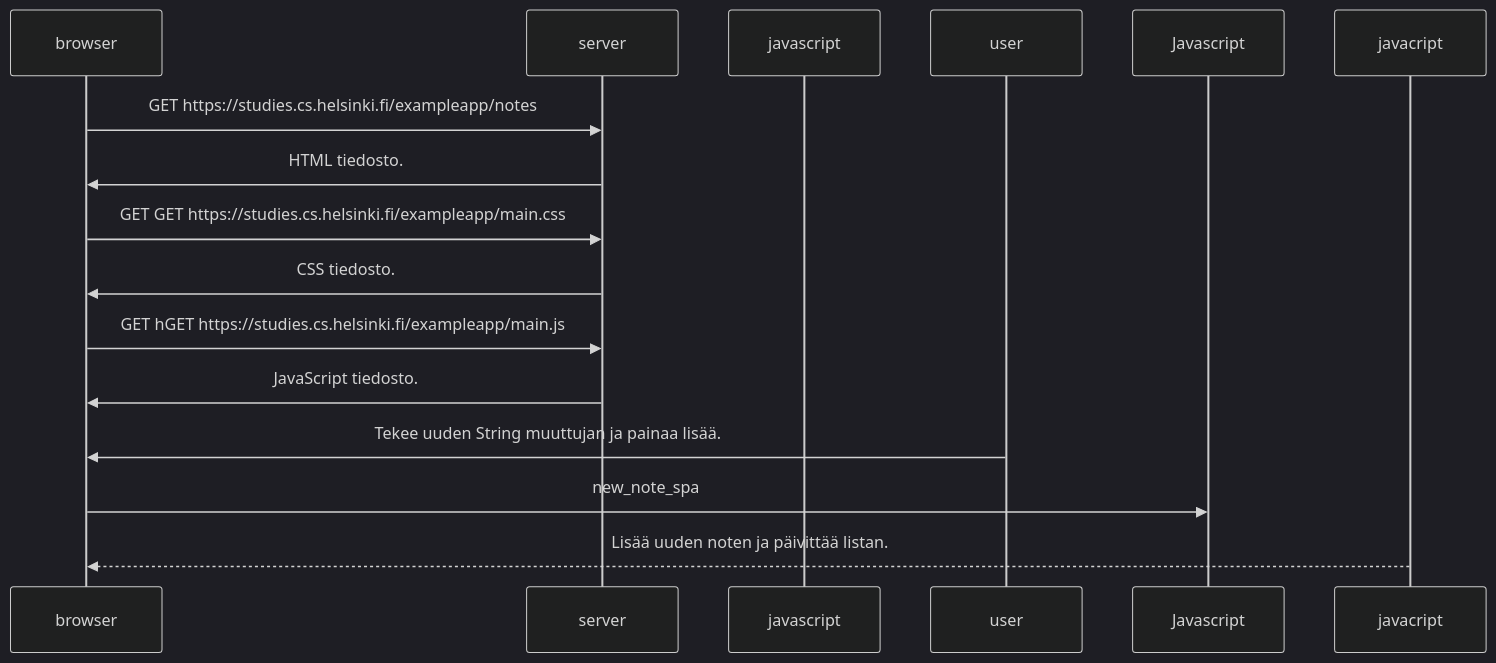
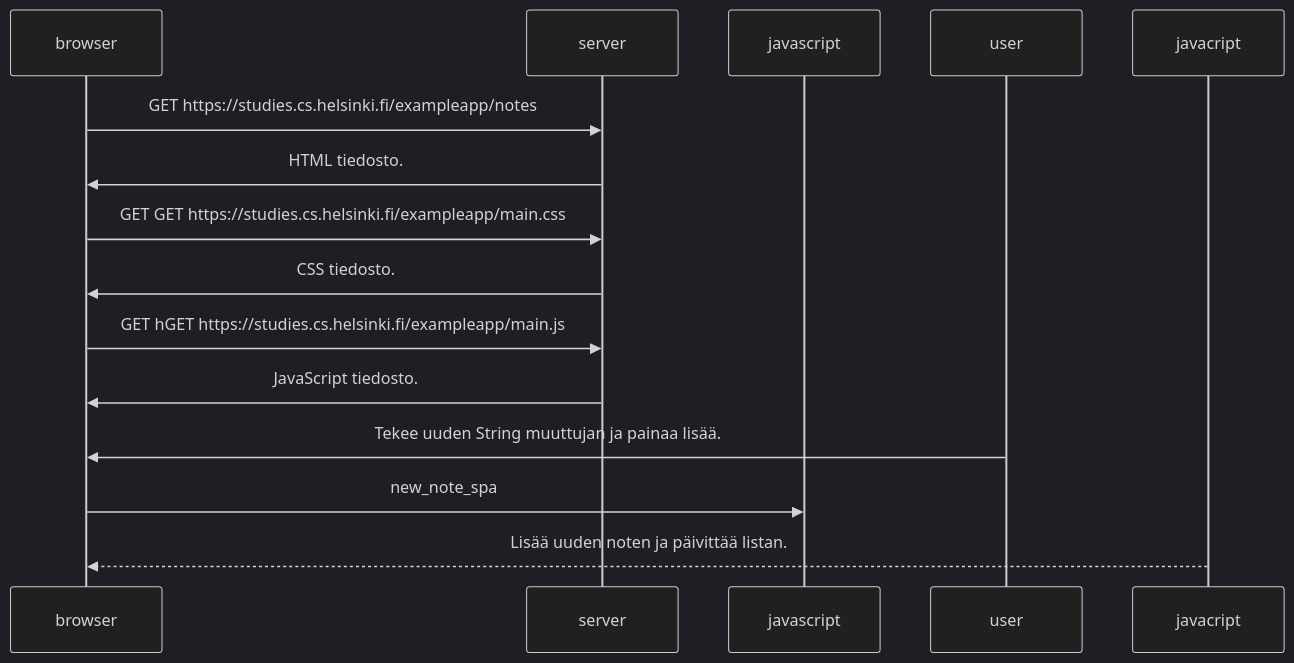
One commit to tailsUp/hyo_fullstack_kurssi changed the diagram in viikko_0/tehtava_6.md. Above: the diagram before and after it, drawn with Mermaid (dark theme).

````diff
--- a/viikko_0/tehtava_6.md
+++ b/viikko_0/tehtava_6.md
@@ -6,16 +6,16 @@
 ```mermaid
 sequenceDiagram
     participant browser
     participant server
     participant javascript
     participant user
     browser ->>server: GET https://studies.cs.helsinki.fi/exampleapp/notes
     server ->>browser: HTML tiedosto.
     browser ->>server: GET GET https://studies.cs.helsinki.fi/exampleapp/main.css
     server ->>browser: CSS tiedosto.
     browser ->>server: GET hGET https://studies.cs.helsinki.fi/exampleapp/main.js
     server ->>browser: JavaScript tiedosto.
     user ->>browser: Tekee uuden String muuttujan ja painaa lisää.
-    browser->>Javascript: new_note_spa
+    browser->>javascript: new_note_spa
     javacript-->>browser: Lisää uuden noten ja päivittää listan.
 ```
````
